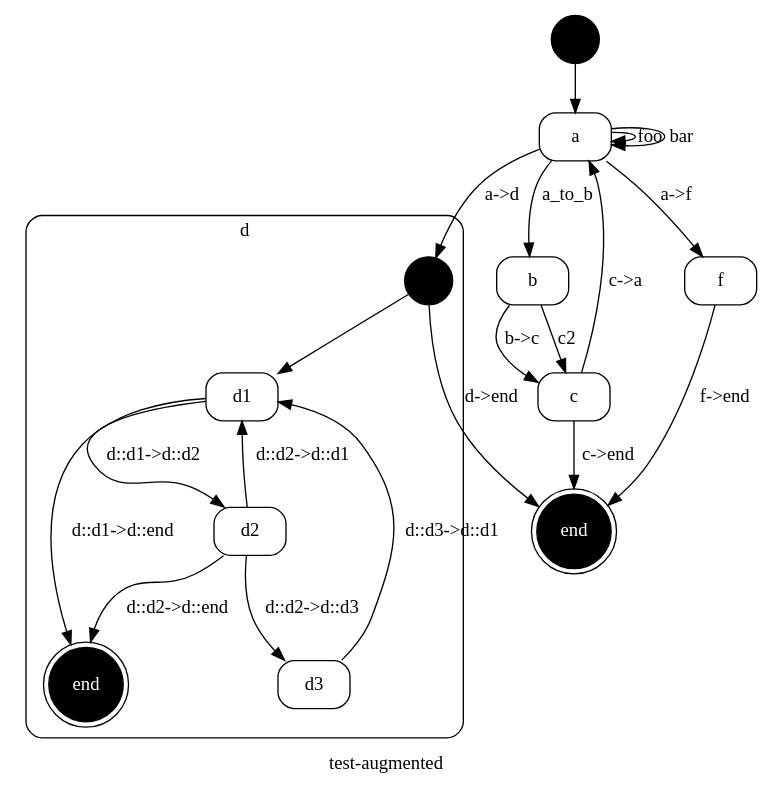
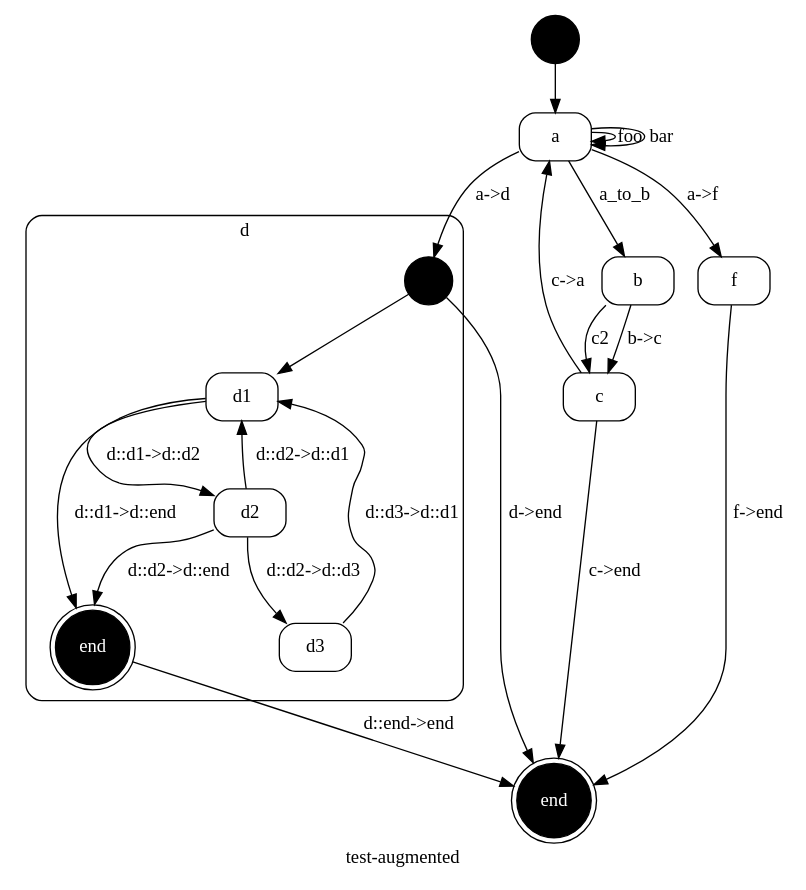
Before and after one commit to kstephens/red_steak: the diagram in example/red_steak-test-augmented.dot, drawn with Graphviz. The commit also changed 18 other files, not shown here.

```diff
--- a/example/red_steak-test-augmented.dot
+++ b/example/red_steak-test-augmented.dot
@@ -1,100 +1,103 @@
 
 // {#<RedSteak::Statemachine test-augmented>
 digraph x1 {
   label="test-augmented"; 
   node [ shape="circle", label="", style=filled, fillcolor=black ] x1_START; 
 
 // #<RedSteak::State test-augmented a>
   node [ shape="box", label="a", style="filled,rounded", color=black, fillcolor=white, fontcolor=black ] x2;
 
 // #<RedSteak::State test-augmented b>
   node [ shape="box", label="b", style="filled,rounded", color=black, fillcolor=white, fontcolor=black ] x3;
 
 // #<RedSteak::State test-augmented c>
   node [ shape="box", label="c", style="filled,rounded", color=black, fillcolor=white, fontcolor=black ] x4;
 
 // #<RedSteak::State test-augmented d>
 
 // {#<RedSteak::Statemachine test-augmented::d>
 subgraph cluster_x5 {
   label="d"; 
   shape="box"; 
   style="filled,rounded"; 
   fillcolor=white; 
   fontcolor=black; 
   node [ shape="circle", label="", style=filled, fillcolor=black ] x5_START; 
 
 // #<RedSteak::State test-augmented::d d::d1>
   node [ shape="box", label="d1", style="filled,rounded", color=black, fillcolor=white, fontcolor=black ] x6;
 
 // #<RedSteak::State test-augmented::d d::d2>
   node [ shape="box", label="d2", style="filled,rounded", color=black, fillcolor=white, fontcolor=black ] x7;
 
 // #<RedSteak::State test-augmented::d d::d3>
   node [ shape="box", label="d3", style="filled,rounded", color=black, fillcolor=white, fontcolor=black ] x8;
 
 // #<RedSteak::State test-augmented::d d::end>
   node [ shape="doublecircle", label="end", style="filled,rounded", color=black, fillcolor=black, fontcolor=white ] x9;
 }
 // } #<RedSteak::Statemachine test-augmented::d>
 
 // #<RedSteak::State test-augmented end>
   node [ shape="doublecircle", label="end", style="filled,rounded", color=black, fillcolor=black, fontcolor=white ] x10;
 
 // #<RedSteak::State test-augmented f>
   node [ shape="box", label="f", style="filled,rounded", color=black, fillcolor=white, fontcolor=black ] x11;
 
 // #<RedSteak::Transition test-augmented foo a -> a>
 x2 -> x2 [ label="foo", color=black, fontcolor=black ];
 
 // #<RedSteak::Transition test-augmented bar a -> a>
 x2 -> x2 [ label="bar", color=black, fontcolor=black ];
 
 // #<RedSteak::Transition test-augmented a_to_b a -> b>
 x2 -> x3 [ label="a_to_b", color=black, fontcolor=black ];
 
 // #<RedSteak::Transition test-augmented b->c b -> c>
 x3 -> x4 [ label="b->c", color=black, fontcolor=black ];
 
 // #<RedSteak::Transition test-augmented c2 b -> c>
 x3 -> x4 [ label="c2", color=black, fontcolor=black ];
 
 // #<RedSteak::Transition test-augmented c->a c -> a>
 x4 -> x2 [ label="c->a", color=black, fontcolor=black ];
 
 // #<RedSteak::Transition test-augmented c->end c -> end>
 x4 -> x10 [ label="c->end", color=black, fontcolor=black ];
 
 // #<RedSteak::Transition test-augmented a->d a -> d>
 x2 -> x5_START [ label="a->d", color=black, fontcolor=black ];
 
 // #<RedSteak::Transition test-augmented d->end d -> end>
 x5_START -> x10 [ label="d->end", color=black, fontcolor=black ];
 
 // #<RedSteak::Transition test-augmented a->f a -> f>
 x2 -> x11 [ label="a->f", color=black, fontcolor=black ];
 
 // #<RedSteak::Transition test-augmented f->end f -> end>
 x11 -> x10 [ label="f->end", color=black, fontcolor=black ];
 x1_START -> x2;
 
 // #<RedSteak::Transition test-augmented::d d::d1->d::d2 d::d1 -> d::d2>
 x6 -> x7 [ label="d::d1->d::d2", color=black, fontcolor=black ];
 
 // #<RedSteak::Transition test-augmented::d d::d1->d::end d::d1 -> d::end>
 x6 -> x9 [ label="d::d1->d::end", color=black, fontcolor=black ];
 
 // #<RedSteak::Transition test-augmented::d d::d2->d::d1 d::d2 -> d::d1>
 x7 -> x6 [ label="d::d2->d::d1", color=black, fontcolor=black ];
 
 // #<RedSteak::Transition test-augmented::d d::d2->d::end d::d2 -> d::end>
 x7 -> x9 [ label="d::d2->d::end", color=black, fontcolor=black ];
 
 // #<RedSteak::Transition test-augmented::d d::d3->d::d1 d::d3 -> d::d1>
 x8 -> x6 [ label="d::d3->d::d1", color=black, fontcolor=black ];
 
 // #<RedSteak::Transition test-augmented::d d::d2->d::d3 d::d2 -> d::d3>
 x7 -> x8 [ label="d::d2->d::d3", color=black, fontcolor=black ];
+
+// #<RedSteak::Transition test-augmented::d d::end->end d::end -> end>
+x9 -> x10 [ label="d::end->end", color=black, fontcolor=black ];
 x5_START -> x6;
 }
 // } #<RedSteak::Statemachine test-augmented>
```
